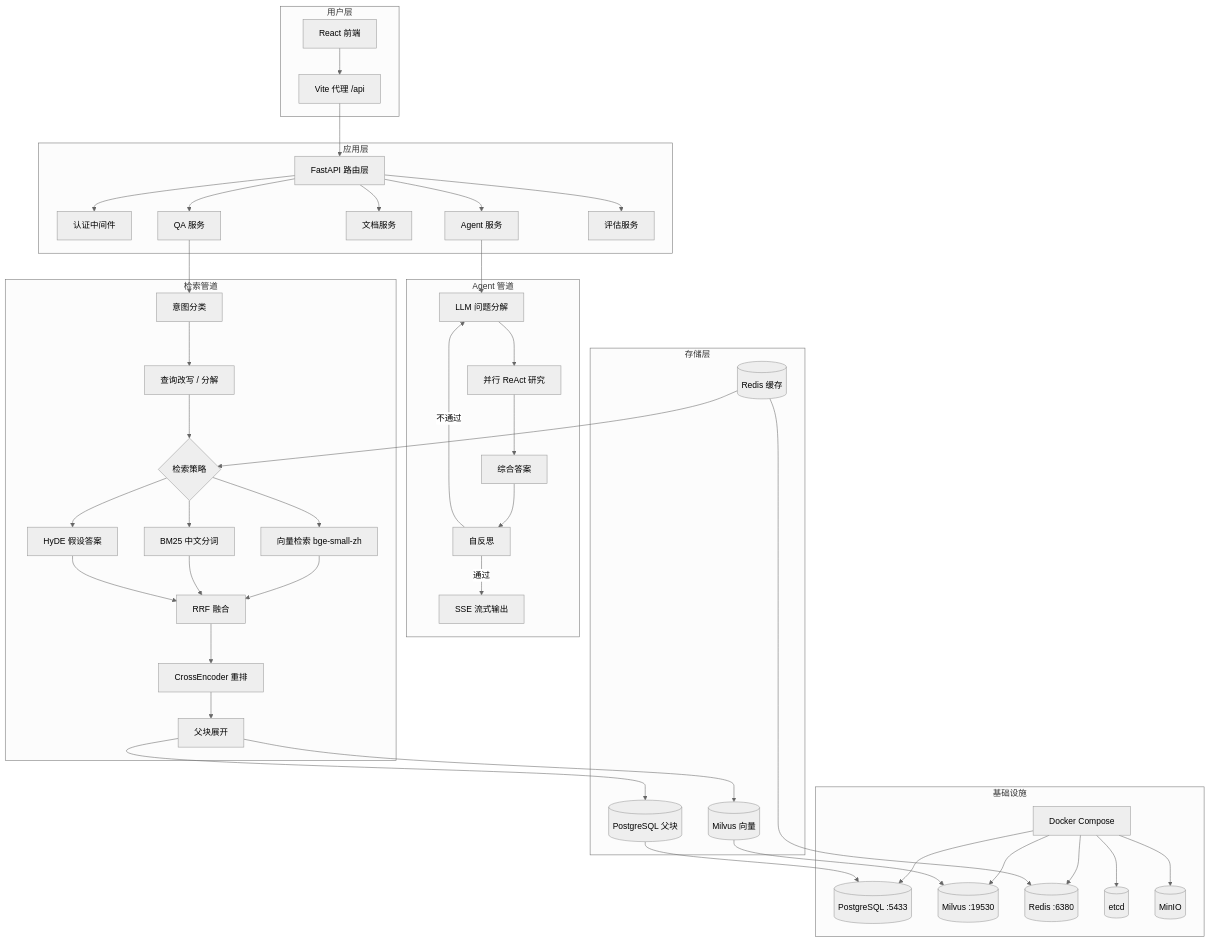
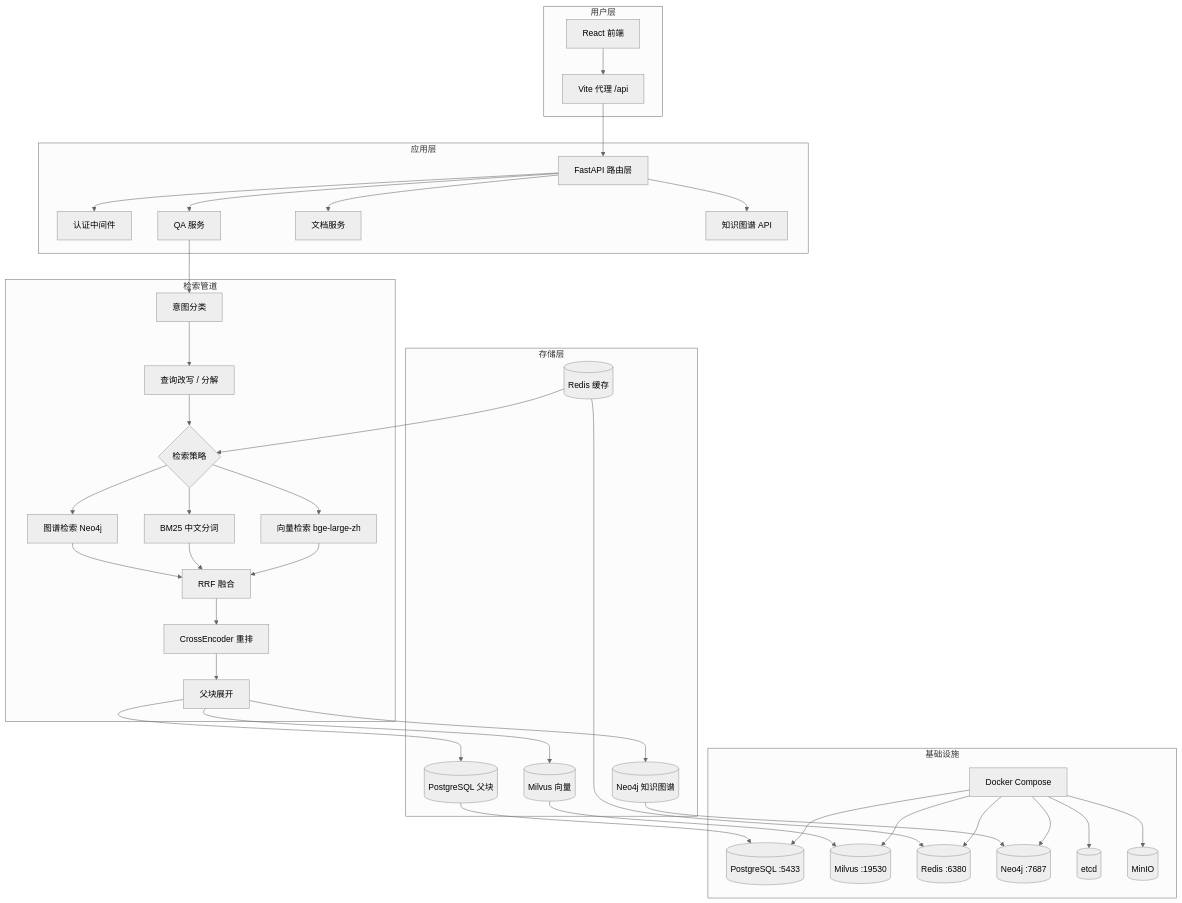
Before and after one commit to shuxdd/KnowRAG: the diagram in README.md, drawn with Mermaid (neutral theme). The commit also changed other lines of this file and 23 other files, not shown here.

First line of the commit message:
refactor: remove eval/agent modules, update README for Neo4j KG integration

````diff
--- a/README.md
+++ b/README.md
@@ -50,54 +48,47 @@
 ```mermaid
 graph TB
     subgraph 用户层
         A[React 前端] --> B[Vite 代理 /api]
     end
 
     subgraph 应用层
         B --> C[FastAPI 路由层]
         C --> D[认证中间件]
         C --> E[QA 服务]
         C --> F[文档服务]
-        C --> G[Agent 服务]
-        C --> H[评估服务]
+        C --> KG[知识图谱 API]
     end
 
     subgraph 检索管道
         E --> I[意图分类]
         I --> J[查询改写 / 分解]
         J --> K{检索策略}
-        K --> L[向量检索 bge-small-zh]
+        K --> L[向量检索 bge-large-zh]
         K --> M[BM25 中文分词]
-        K --> N[HyDE 假设答案]
+        K --> N[图谱检索 Neo4j]
         L & M & N --> O[RRF 融合]
         O --> P[CrossEncoder 重排]
         P --> Q[父块展开]
     end
 
-    subgraph Agent 管道
-        G --> R[LLM 问题分解]
-        R --> S[并行 ReAct 研究]
-        S --> T[综合答案]
-        T --> U[自反思]
-        U -->|不通过| R
-        U -->|通过| V[SSE 流式输出]
-    end
-
     subgraph 存储层
         Q --> W[(PostgreSQL 父块)]
         Q --> X[(Milvus 向量)]
+        Q --> G[(Neo4j 知识图谱)]
         Y[(Redis 缓存)] --> K
     end
 
     subgraph 基础设施
         Z[Docker Compose] --> PG[(PostgreSQL :5433)]
         Z --> ML[(Milvus :19530)]
         Z --> RD[(Redis :6380)]
+        Z --> NJ[(Neo4j :7687)]
         Z --> ET[(etcd)]
         Z --> MN[(MinIO)]
     end
 
     W --> PG
     X --> ML
+    G --> NJ
     Y --> RD
 ```
````
